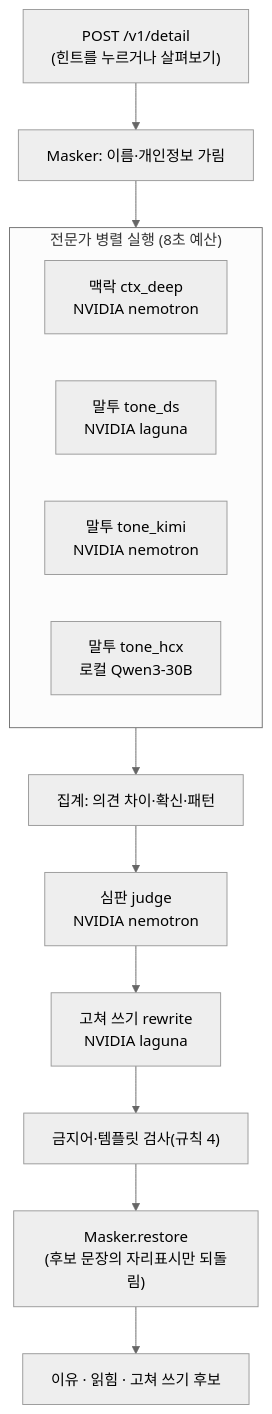
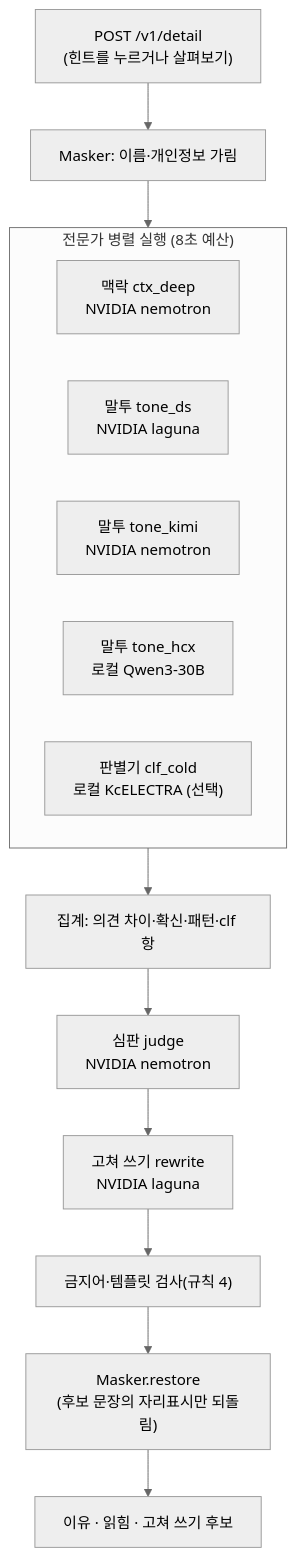
One commit to Daegyu519/Adventure_Design changed the third of 8 diagrams in docs/architecture-diagrams.md. Above: the diagram before and after it, drawn with Mermaid (neutral theme). The commit also changed other lines of this file and 22 other files, not shown here.

Commit message:
P-28: 학습된 판별기(KcELECTRA)를 집계의 가중 항 clf로 연결 (tone-clf :11481, weights.clf=2.0)

````diff
--- a/docs/architecture-diagrams.md
+++ b/docs/architecture-diagrams.md
@@ -110,20 +118,21 @@
 ```mermaid
 flowchart TB
   REQ["POST /v1/detail<br/>(힌트를 누르거나 살펴보기)"] --> MASK["Masker: 이름·개인정보 가림"]
   MASK --> PAR
 
   subgraph PAR["전문가 병렬 실행 (8초 예산)"]
     direction LR
     C["맥락 ctx_deep<br/>NVIDIA nemotron"]
     T1["말투 tone_ds<br/>NVIDIA laguna"]
     T2["말투 tone_kimi<br/>NVIDIA nemotron"]
     T3["말투 tone_hcx<br/>로컬 Qwen3-30B"]
+    T4["판별기 clf_cold<br/>로컬 KcELECTRA (선택)"]
   end
 
-  PAR --> AGG["집계: 의견 차이·확신·패턴"]
+  PAR --> AGG["집계: 의견 차이·확신·패턴·clf 항"]
   AGG --> J["심판 judge<br/>NVIDIA nemotron"]
   J --> RW["고쳐 쓰기 rewrite<br/>NVIDIA laguna"]
   RW --> GUARD["금지어·템플릿 검사(규칙 4)"]
   GUARD --> RESTORE["Masker.restore<br/>(후보 문장의 자리표시만 되돌림)"]
   RESTORE --> OUT["이유 · 읽힘 · 고쳐 쓰기 후보"]
 ```
````
